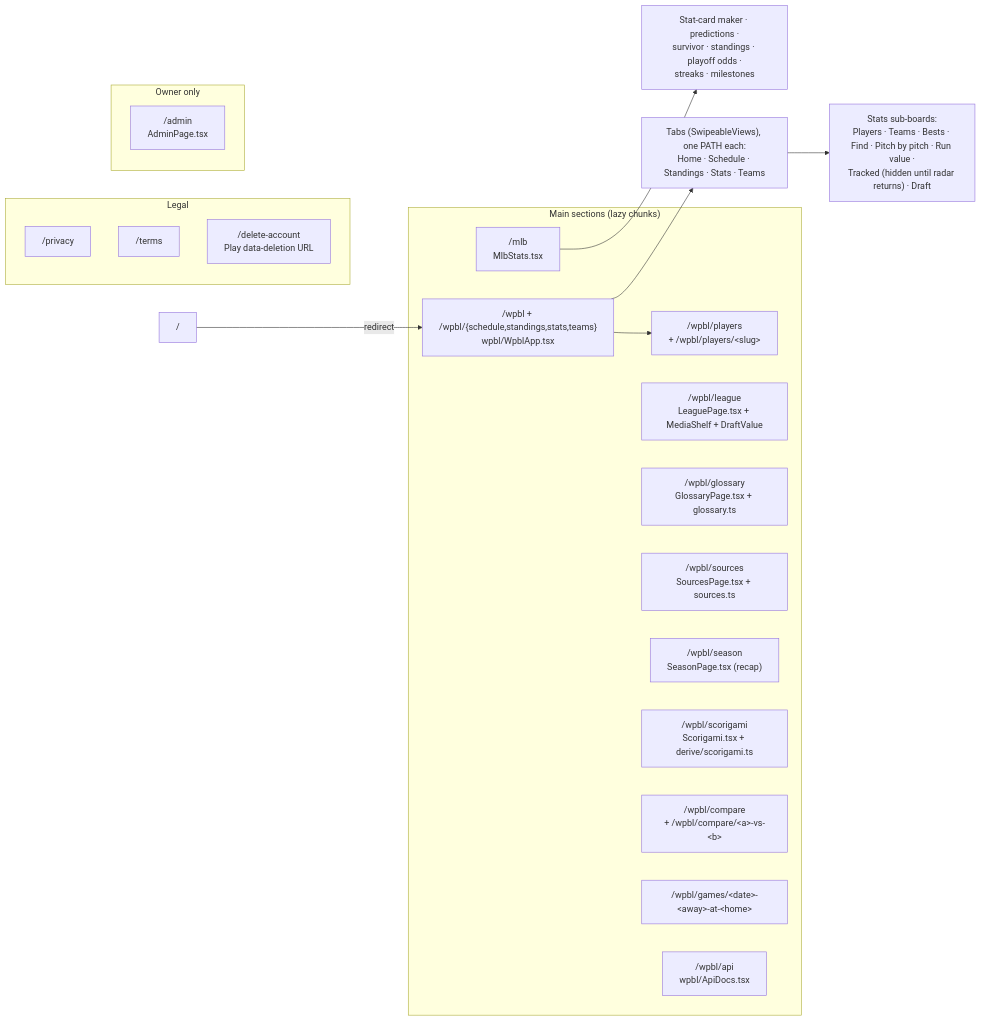
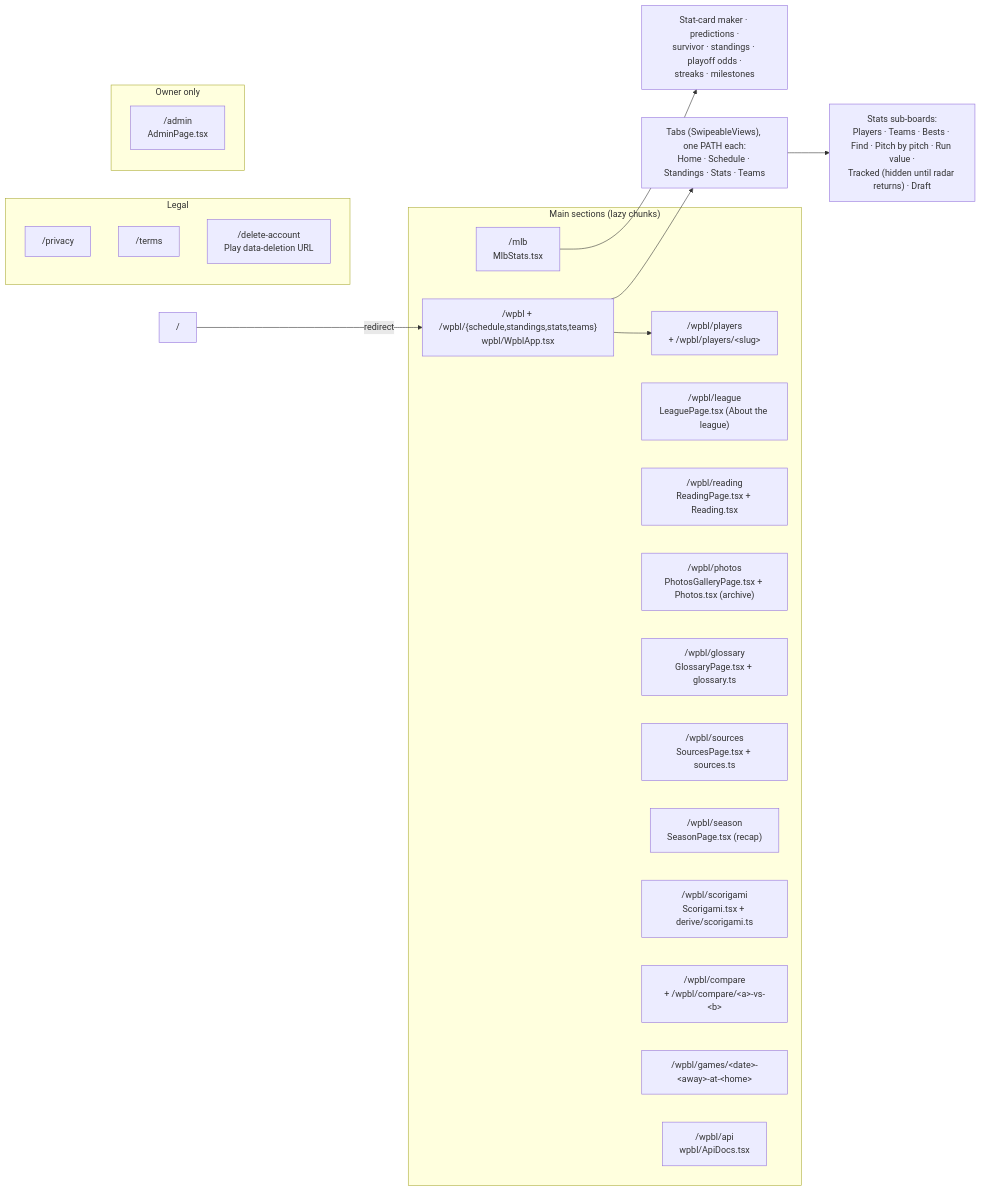
One commit to sportydolphin/fun changed the second of 5 diagrams in ARCHITECTURE.md. Above: the diagram before and after it, drawn with Mermaid. The commit also changed other lines of this file and 30 other files, not shown here.

First line of the commit message:
WPBL offseason: a Reading page, a primer-only league page, and a caught-up changelog

````diff
--- a/ARCHITECTURE.md
+++ b/ARCHITECTURE.md
@@ -98,32 +98,34 @@
 ```mermaid
 flowchart LR
     subgraph Main["Main sections (lazy chunks)"]
         mlb["/mlb<br/>MlbStats.tsx"]
         wpbl["/wpbl + /wpbl/{schedule,standings,stats,teams}<br/>wpbl/WpblApp.tsx"]
         wplayers["/wpbl/players<br/>+ /wpbl/players/&lt;slug&gt;"]
-        wleague["/wpbl/league<br/>LeaguePage.tsx + MediaShelf + DraftValue"]
+        wleague["/wpbl/league<br/>LeaguePage.tsx (About the league)"]
+        wreading["/wpbl/reading<br/>ReadingPage.tsx + Reading.tsx"]
+        wphotos["/wpbl/photos<br/>PhotosGalleryPage.tsx + Photos.tsx (archive)"]
         wgloss["/wpbl/glossary<br/>GlossaryPage.tsx + glossary.ts"]
         wsrc["/wpbl/sources<br/>SourcesPage.tsx + sources.ts"]
         wseason["/wpbl/season<br/>SeasonPage.tsx (recap)"]
         wscori["/wpbl/scorigami<br/>Scorigami.tsx + derive/scorigami.ts"]
         wcmp["/wpbl/compare<br/>+ /wpbl/compare/&lt;a&gt;-vs-&lt;b&gt;"]
         wgames["/wpbl/games/&lt;date&gt;-&lt;away&gt;-at-&lt;home&gt;"]
         api["/wpbl/api<br/>wpbl/ApiDocs.tsx"]
     end
 
     subgraph Legal["Legal"]
         priv["/privacy"]
         terms["/terms"]
         del["/delete-account<br/>Play data-deletion URL"]
     end
 
     subgraph Owner["Owner only"]
         adm["/admin<br/>AdminPage.tsx"]
     end
 
     root["/"] -->|redirect| wpbl
     wpbl --> wtabs["Tabs (SwipeableViews), one PATH each:<br/>Home · Schedule · Standings · Stats · Teams"]
     wtabs --> wstats["Stats sub-boards:<br/>Players · Teams · Bests · Find · Pitch by pitch · Run value ·<br/>Tracked (hidden until radar returns) · Draft"]
     wpbl --> wplayers
     mlb --> mtabs["Stat-card maker · predictions ·<br/>survivor · standings · playoff odds ·<br/>streaks · milestones"]
 ```
````
